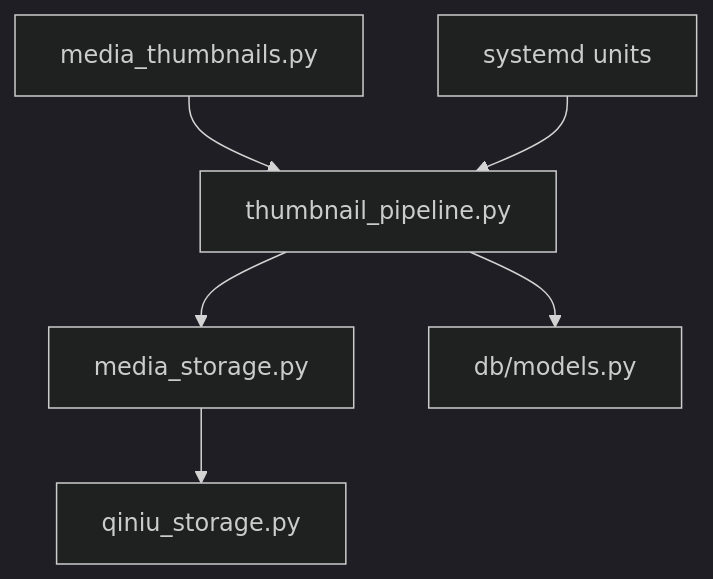
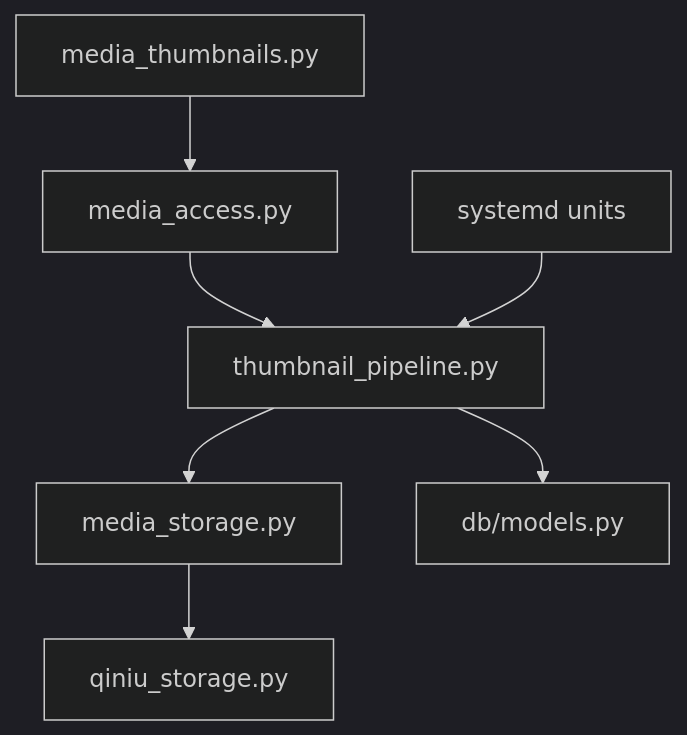
Diagram 11 of 11 in .qoder/repowiki/en/content/Architecture/Storage Abstraction Layer/Thumbnail Generation System.md (zuohaisu/wecom-archive), drawn with Mermaid (dark theme) before and after one commit. The commit also changed other lines of this file and 84 other files, not shown here.

````diff
--- a/.qoder/repowiki/en/content/Architecture/Storage Abstraction Layer/Thumbnail Generation System.md
+++ b/.qoder/repowiki/en/content/Architecture/Storage Abstraction Layer/Thumbnail Generation System.md
@@ -260,8 +390,9 @@
 ```mermaid
 graph TB
-Endpoints["media_thumbnails.py"] --> Pipeline["thumbnail_pipeline.py"]
+Endpoints["media_thumbnails.py"] --> MediaService["media_access.py"]
+MediaService --> Pipeline["thumbnail_pipeline.py"]
 Pipeline --> StorageAbstraction["media_storage.py"]
 StorageAbstraction --> QiniuImpl["qiniu_storage.py"]
 Pipeline --> DBModels["db/models.py"]
 Workers["systemd units"] --> Pipeline
 ```
````
